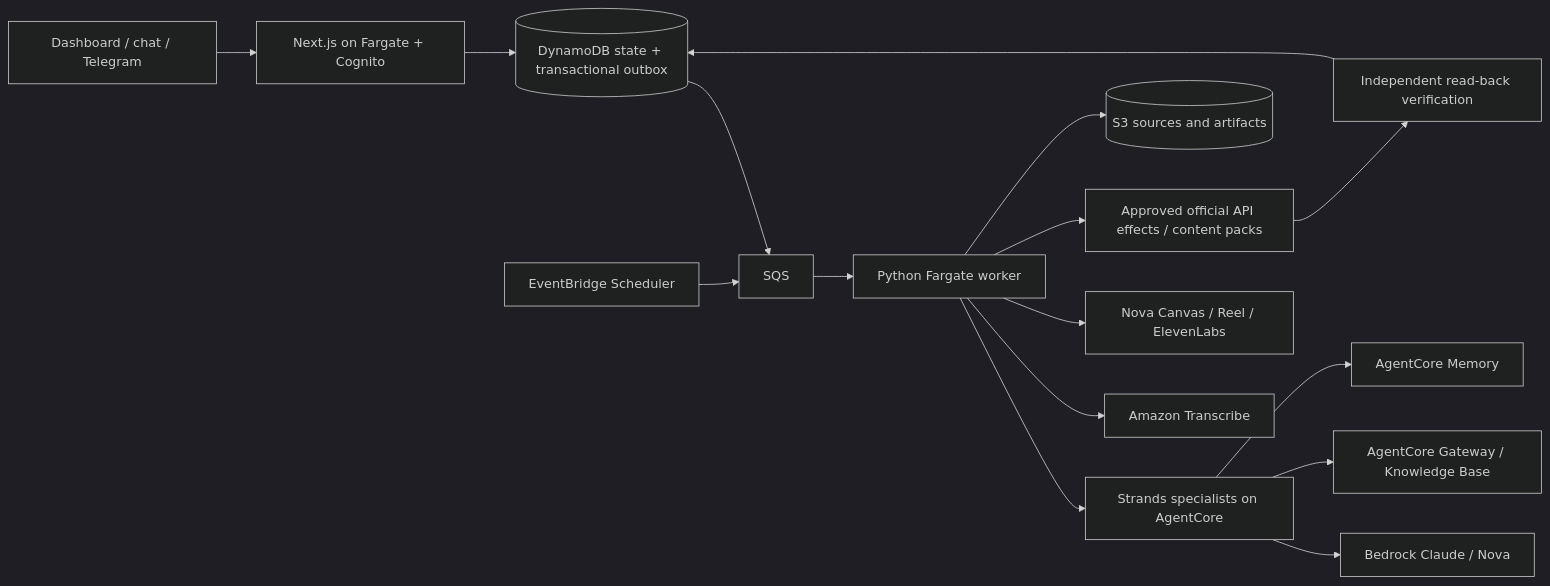
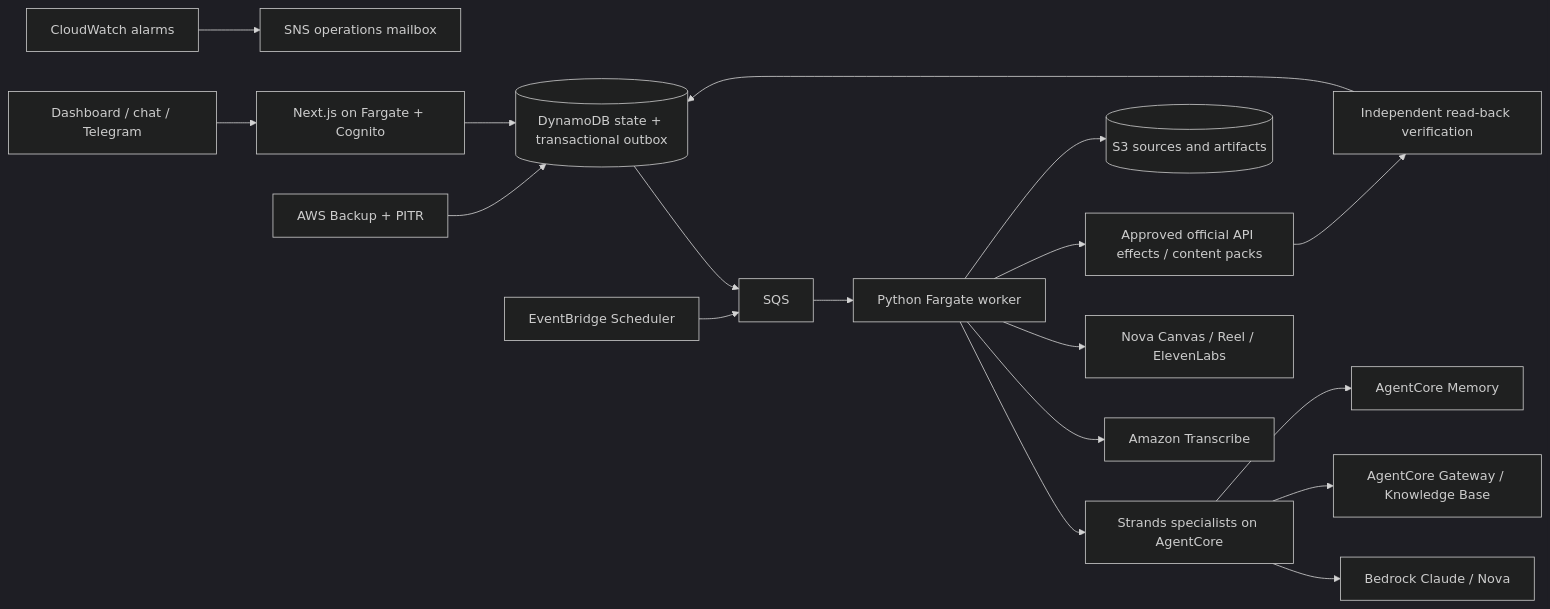
Before and after one commit to danielAsaboro/harmonia-agents-for-humans: the first of 2 diagrams in README.md, drawn with Mermaid (dark theme). The commit also changed other lines of this file and 63 other files, not shown here.

Commit message:
feat: harden AWS production operations

````diff
--- a/README.md
+++ b/README.md
@@ -11,18 +11,20 @@
 ```mermaid
 flowchart LR
   UI[Dashboard / chat / Telegram] --> WEB[Next.js on Fargate + Cognito]
   WEB --> DB[(DynamoDB state + transactional outbox)]
   DB --> QUEUE[SQS]
   QUEUE --> WORK[Python Fargate worker]
   WORK --> CORE[Strands specialists on AgentCore]
   CORE --> MODELS[Bedrock Claude / Nova]
   CORE --> SEARCH[AgentCore Gateway / Knowledge Base]
   CORE --> MEMORY[AgentCore Memory]
   WORK --> SPEECH[Amazon Transcribe]
   WORK --> MEDIA[Nova Canvas / Reel / ElevenLabs]
   WORK --> EFFECT[Approved official API effects / content packs]
   EFFECT --> VERIFY[Independent read-back verification]
   VERIFY --> DB
   WORK --> S3[(S3 sources and artifacts)]
   TIMER[EventBridge Scheduler] --> QUEUE
+  ALARM[CloudWatch alarms] --> OPS[SNS operations mailbox]
+  BACKUP[AWS Backup + PITR] --> DB
 ```
````
